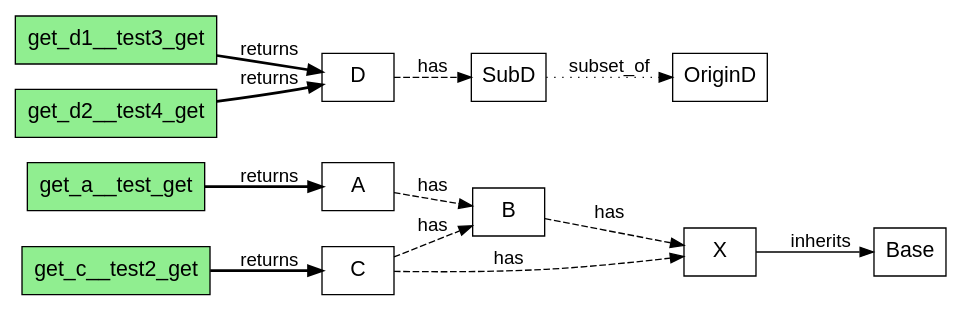
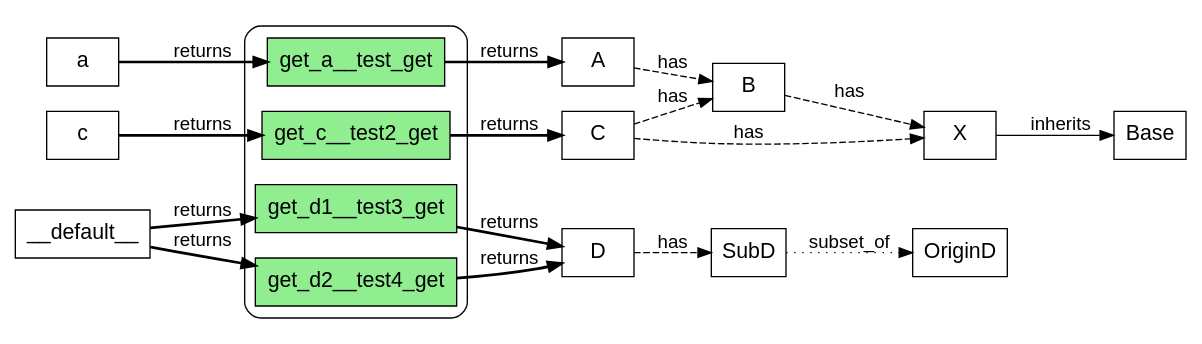
The diagram in router_viz.dot (allmonday/fastapi-voyager), drawn with Graphviz before and after one commit. The commit also changed 5 other files, not shown here.

```diff
--- a/router_viz.dot
+++ b/router_viz.dot
@@ -1,91 +1,116 @@
 
         digraph mygraph {
             fontname="Helvetica,Arial,sans-serif"
             node [fontname="Helvetica,Arial,sans-serif"]
             edge [fontname="Helvetica,Arial,sans-serif"]
             graph [
                 rankdir = "LR"
             ];
             node [
                 fontsize = "16"
             ];
+
             
+            "a" [
+                label = "a"
+                shape = "record"
+            ];
+
+            "c" [
+                label = "c"
+                shape = "record"
+            ];
+
+            "__default__" [
+                label = "__default__"
+                shape = "record"
+            ];
+
+            subgraph cluster_A {
+                style = "rounded";
+                
             "get_a__test_get" [
                 label = "get_a__test_get"
                 shape = "record"
                 fillcolor = "lightgreen"
                 style = "filled"
             ];
 
             "get_c__test2_get" [
                 label = "get_c__test2_get"
                 shape = "record"
                 fillcolor = "lightgreen"
                 style = "filled"
             ];
 
             "get_d1__test3_get" [
                 label = "get_d1__test3_get"
                 shape = "record"
                 fillcolor = "lightgreen"
                 style = "filled"
             ];
 
             "get_d2__test4_get" [
                 label = "get_d2__test4_get"
                 shape = "record"
                 fillcolor = "lightgreen"
                 style = "filled"
             ];
+            };
+
             
             "app_module.A" [
                 label = "A"
                 shape = "record"
             ];
 
             "app_module.B" [
                 label = "B"
                 shape = "record"
             ];
 
             "app_module.X" [
                 label = "X"
                 shape = "record"
             ];
 
             "app_module.Base" [
                 label = "Base"
                 shape = "record"
             ];
 
             "app_module.C" [
                 label = "C"
                 shape = "record"
             ];
 
             "app_module.D" [
                 label = "D"
                 shape = "record"
             ];
 
             "app_module.SubD" [
                 label = "SubD"
                 shape = "record"
             ];
 
             "app_module.OriginD" [
                 label = "OriginD"
                 shape = "record"
             ];
-            "get_a__test_get" -> "app_module.A" [ style = "bold", label = "returns" ];
+            "a" -> "get_a__test_get" [ style = "bold", label = "returns" ];
+"get_a__test_get" -> "app_module.A" [ style = "bold", label = "returns" ];
+"c" -> "get_c__test2_get" [ style = "bold", label = "returns" ];
 "get_c__test2_get" -> "app_module.C" [ style = "bold", label = "returns" ];
+"__default__" -> "get_d1__test3_get" [ style = "bold", label = "returns" ];
 "get_d1__test3_get" -> "app_module.D" [ style = "bold", label = "returns" ];
+"__default__" -> "get_d2__test4_get" [ style = "bold", label = "returns" ];
 "get_d2__test4_get" -> "app_module.D" [ style = "bold", label = "returns" ];
 "app_module.A" -> "app_module.B" [ style = "dashed", label = "has" ];
 "app_module.B" -> "app_module.X" [ style = "dashed", label = "has" ];
 "app_module.X" -> "app_module.Base" [ style = "solid", label = "inherits" ];
 "app_module.C" -> "app_module.B" [ style = "dashed", label = "has" ];
 "app_module.C" -> "app_module.X" [ style = "dashed", label = "has" ];
 "app_module.D" -> "app_module.SubD" [ style = "dashed", label = "has" ];
 "app_module.SubD" -> "app_module.OriginD" [ style = "dotted", label = "subset_of" ];
             }
```
